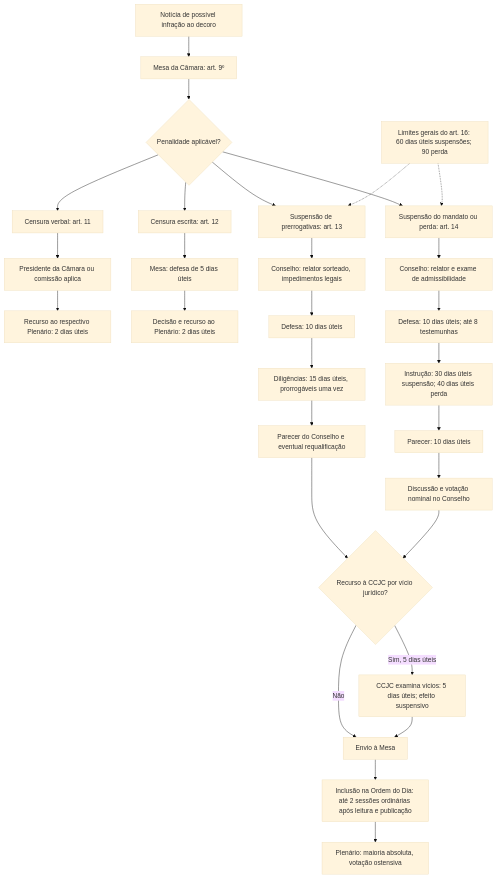
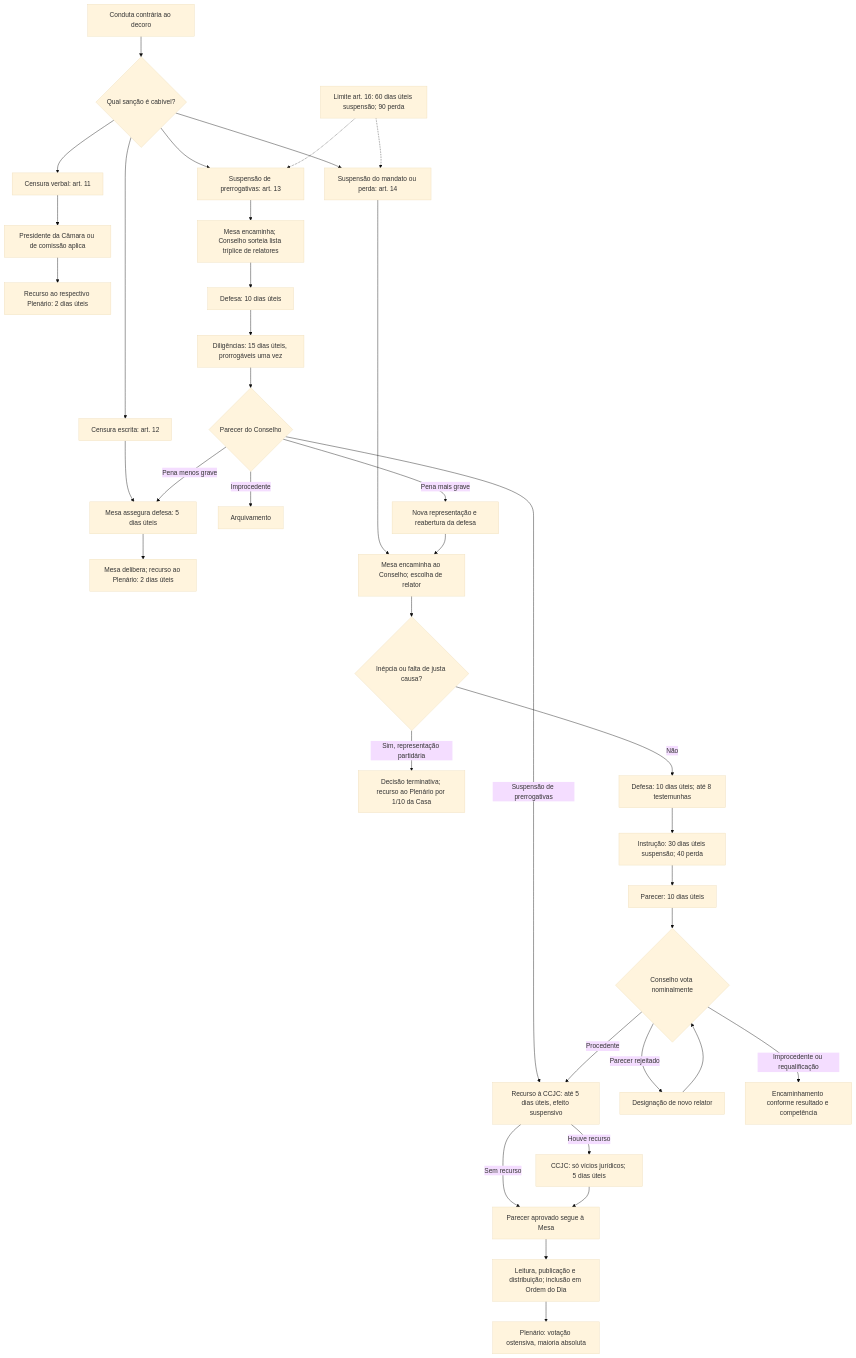
One commit to leorruas/concursos changed the diagram in 3 - Materias/Direito Constitucional/34 - codigo de etica e decoro parlamentar da camara.md. Above: the diagram before and after it, drawn with Mermaid (base theme). The commit also changed other lines of this file, not shown here.

Commit message:
DC34: corrige bifurcações do fluxograma e exceções do art. 14

````diff
--- a/3 - Materias/Direito Constitucional/34 - codigo de etica e decoro parlamentar da camara.md
+++ b/3 - Materias/Direito Constitucional/34 - codigo de etica e decoro parlamentar da camara.md
@@ -134,31 +134,39 @@
 ```mermaid
 flowchart TD
- A["Notícia de possível infração ao decoro"] --> B["Mesa da Câmara: art. 9º"]
- B --> C{"Penalidade aplicável?"}
- C --> V["Censura verbal: art. 11"]
- V --> V1["Presidente da Câmara ou comissão aplica"]
- V1 --> V2["Recurso ao respectivo Plenário: 2 dias úteis"]
- C --> E["Censura escrita: art. 12"]
- E --> E1["Mesa: defesa de 5 dias úteis"]
- E1 --> E2["Decisão e recurso ao Plenário: 2 dias úteis"]
- C --> R["Suspensão de prerrogativas: art. 13"]
- R --> R1["Conselho: relator sorteado, impedimentos legais"]
- R1 --> R2["Defesa: 10 dias úteis"]
- R2 --> R3["Diligências: 15 dias úteis, prorrogáveis uma vez"]
- R3 --> R4["Parecer do Conselho e eventual requalificação"]
- C --> G["Suspensão do mandato ou perda: art. 14"]
- G --> G1["Conselho: relator e exame de admissibilidade"]
- G1 --> G2["Defesa: 10 dias úteis; até 8 testemunhas"]
- G2 --> G3["Instrução: 30 dias úteis suspensão; 40 dias úteis perda"]
- G3 --> G4["Parecer: 10 dias úteis"]
- G4 --> G5["Discussão e votação nominal no Conselho"]
- R4 --> X{"Recurso à CCJC por vício jurídico?"}
- G5 --> X
- X -->|Sim, 5 dias úteis| Y["CCJC examina vícios: 5 dias úteis; efeito suspensivo"]
- X -->|Não| Z["Envio à Mesa"]
- Y --> Z
- Z --> P["Inclusão na Ordem do Dia: até 2 sessões ordinárias após leitura e publicação"]
- P --> Q["Plenário: maioria absoluta, votação ostensiva"]
- N["Limites gerais do art. 16: 60 dias úteis suspensões; 90 perda"] -.-> R
- N -.-> G
+ A["Conduta contrária ao decoro"] --> B{"Qual sanção é cabível?"}
+ B --> C["Censura verbal: art. 11"]
+ C --> C1["Presidente da Câmara ou de comissão aplica"]
+ C1 --> C2["Recurso ao respectivo Plenário: 2 dias úteis"]
+ B --> D["Censura escrita: art. 12"]
+ D --> D1["Mesa assegura defesa: 5 dias úteis"]
+ D1 --> D2["Mesa delibera; recurso ao Plenário: 2 dias úteis"]
+ B --> E["Suspensão de prerrogativas: art. 13"]
+ E --> E1["Mesa encaminha; Conselho sorteia lista tríplice de relatores"]
+ E1 --> E2["Defesa: 10 dias úteis"]
+ E2 --> E3["Diligências: 15 dias úteis, prorrogáveis uma vez"]
+ E3 --> E4{"Parecer do Conselho"}
+ E4 -->|Improcedente| F["Arquivamento"]
+ E4 -->|Pena menos grave| D1
+ E4 -->|Pena mais grave| G["Nova representação e reabertura da defesa"]
+ E4 -->|Suspensão de prerrogativas| H["Recurso à CCJC: até 5 dias úteis, efeito suspensivo"]
+ B --> I["Suspensão do mandato ou perda: art. 14"]
+ I --> I1["Mesa encaminha ao Conselho; escolha de relator"]
+ I1 --> I2{"Inépcia ou falta de justa causa?"}
+ I2 -->|Sim, representação partidária| F2["Decisão terminativa; recurso ao Plenário por 1/10 da Casa"]
+ I2 -->|Não| I3["Defesa: 10 dias úteis; até 8 testemunhas"]
+ I3 --> I4["Instrução: 30 dias úteis suspensão; 40 perda"]
+ I4 --> I5["Parecer: 10 dias úteis"]
+ I5 --> I6{"Conselho vota nominalmente"}
+ I6 -->|Parecer rejeitado| I7["Designação de novo relator"]
+ I7 --> I6
+ I6 -->|Procedente| H
+ I6 -->|Improcedente ou requalificação| F3["Encaminhamento conforme resultado e competência"]
+ G --> I1
+ H -->|Houve recurso| H1["CCJC: só vícios jurídicos; 5 dias úteis"]
+ H -->|Sem recurso| J["Parecer aprovado segue à Mesa"]
+ H1 --> J
+ J --> K["Leitura, publicação e distribuição; inclusão em Ordem do Dia"]
+ K --> L["Plenário: votação ostensiva, maioria absoluta"]
+ N["Limite art. 16: 60 dias úteis suspensão; 90 perda"] -.-> E
+ N -.-> I
 ```
````
